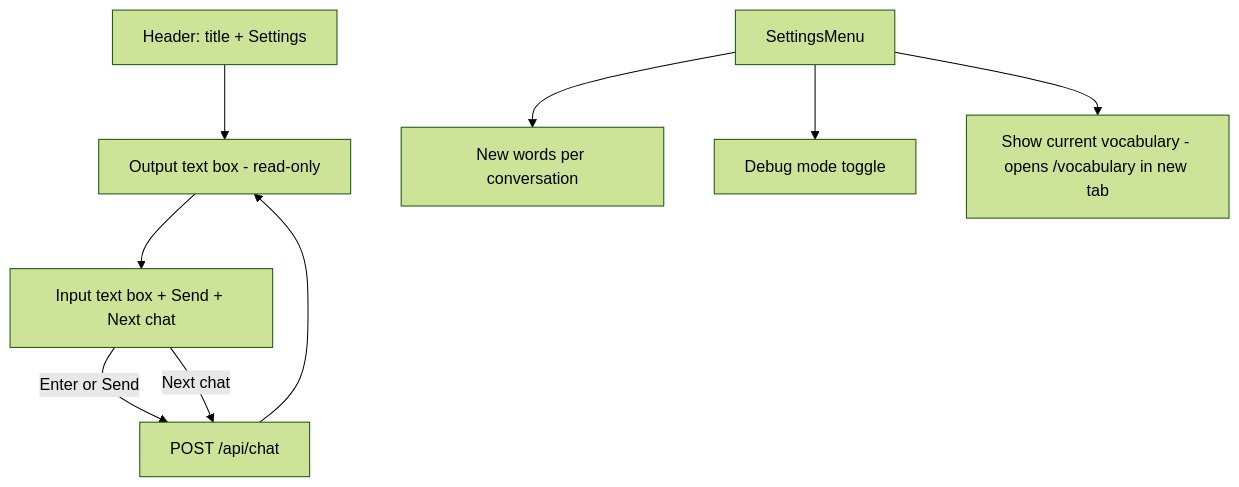
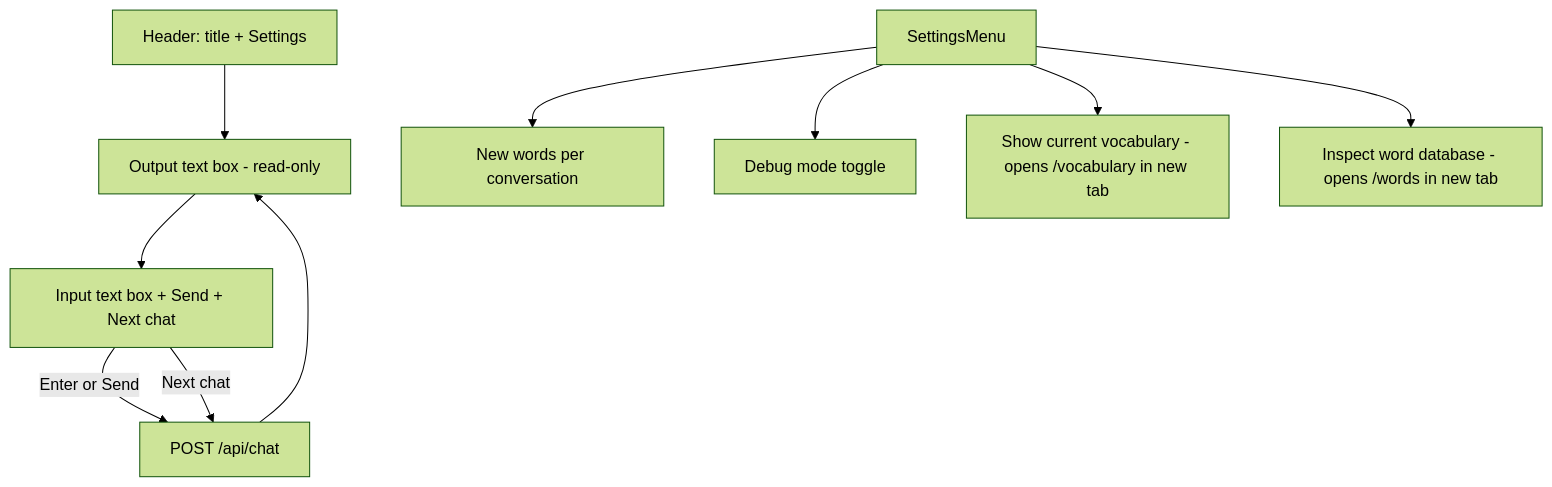
One commit to danghica/LearnChinese changed the diagram in documentation/ui-flow.md. Above: the diagram before and after it, drawn with Mermaid (forest theme). The commit also changed other lines of this file and 4 other files, not shown here.

Commit message:
Enhance API routes documentation and UI flow by adding detailed descriptions for word lookup and listing features, and update SettingsMenu to include a link for inspecting the word database.

````diff
--- a/documentation/ui-flow.md
+++ b/documentation/ui-flow.md
@@ -5,14 +5,15 @@
 ```mermaid
 flowchart TB
   Header[Header: title + Settings]
   Output[Output text box - read-only]
   Input[Input text box + Send + Next chat]
   Header --> Output
   Output --> Input
   Input -->|Enter or Send| API[POST /api/chat]
   API --> Output
   Input -->|Next chat| API
   SettingsMenu --> NewWords[New words per conversation]
   SettingsMenu --> DebugMode[Debug mode toggle]
   SettingsMenu --> VocabLink[Show current vocabulary - opens /vocabulary in new tab]
+  SettingsMenu --> WordsLink[Inspect word database - opens /words in new tab]
 ```
````
